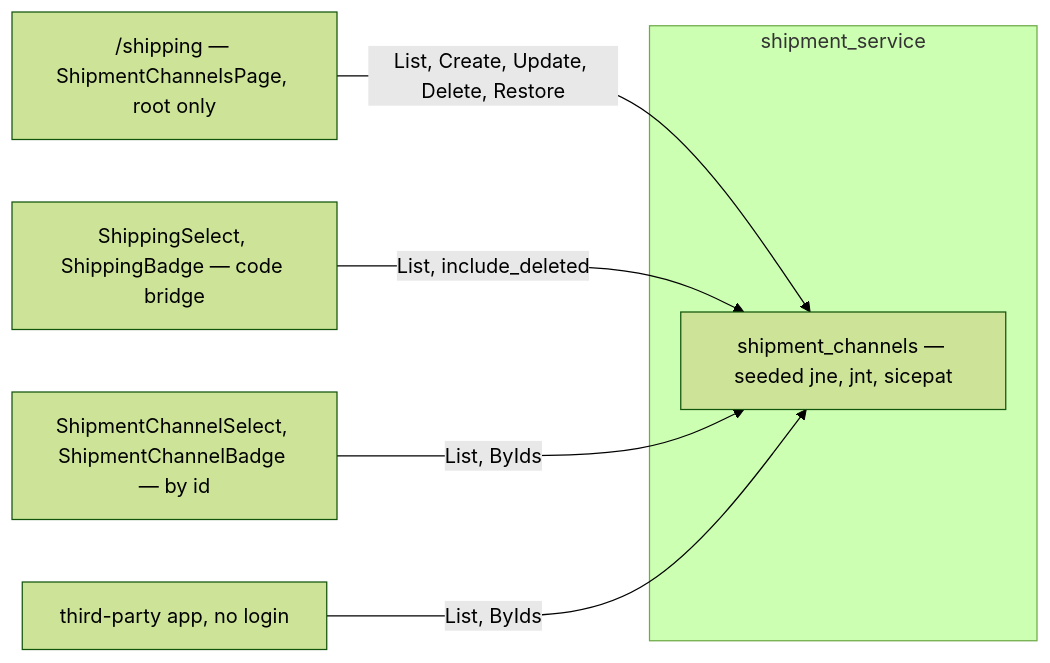
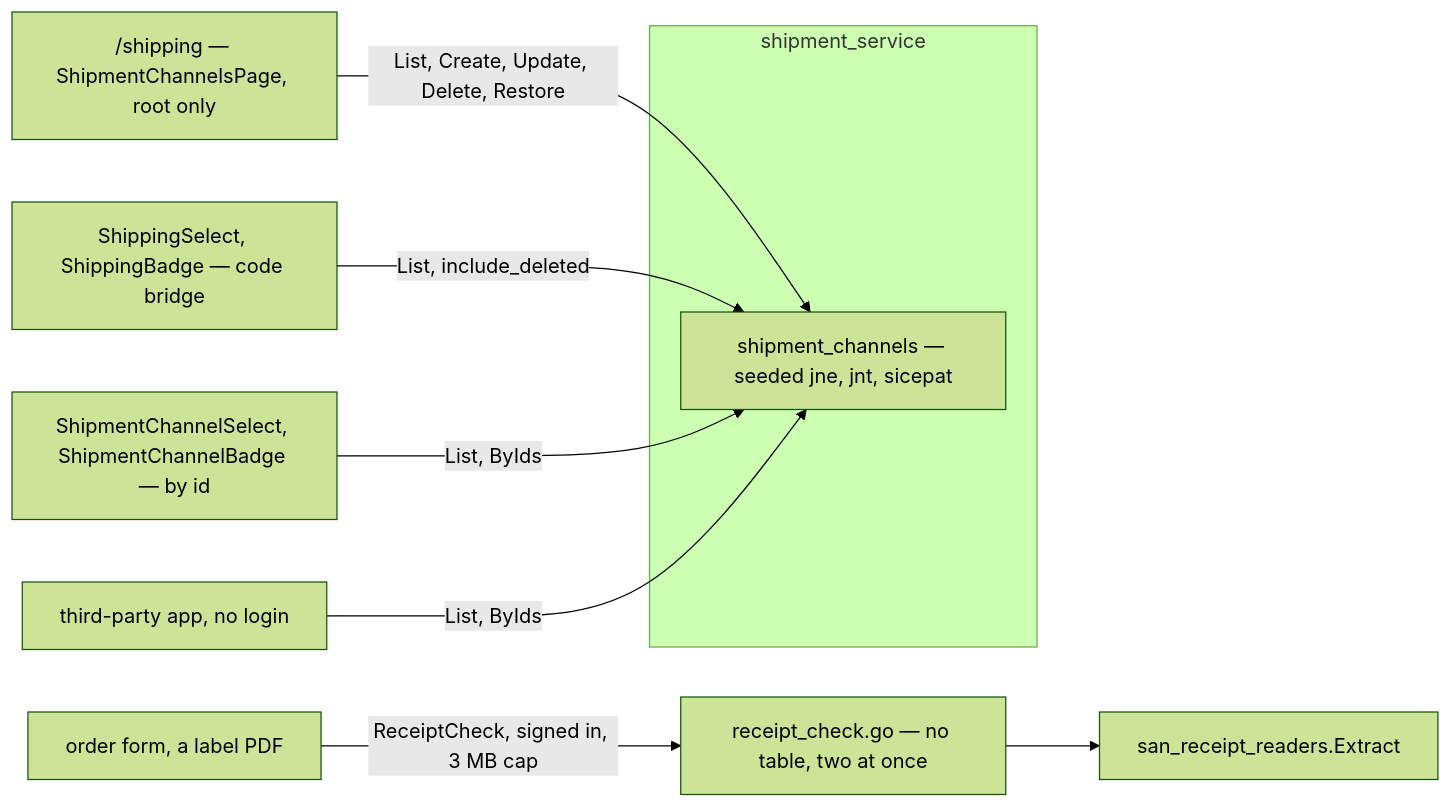
The diagram in docs/development_state/shipment/context.md (pdcgo/warehouse_revamp), drawn with Mermaid (forest theme) before and after one commit. The commit also changed other lines of this file and 346 other files, not shown here.

First line of the commit message:
feat(analytic): the graph and its Table/Graph tabs, metrics/suppliers on the contract — with the order, liability and shipment work in flight

````diff
--- a/docs/development_state/shipment/context.md
+++ b/docs/development_state/shipment/context.md
@@ -37,10 +41,12 @@
 ```mermaid
 flowchart LR
   subgraph "shipment_service"
     T["shipment_channels — seeded jne, jnt, sicepat"]
   end
   PAGE["/shipping — ShipmentChannelsPage, root only"] -->|"List, Create, Update, Delete, Restore"| T
   OLD["ShippingSelect, ShippingBadge — code bridge"] -->|"List, include_deleted"| T
   NEW["ShipmentChannelSelect, ShipmentChannelBadge — by id"] -->|"List, ByIds"| T
   APP["third-party app, no login"] -->|"List, ByIds"| T
+  FORM["order form, a label PDF"] -->|"ReceiptCheck, signed in, 3 MB cap"| RC["receipt_check.go — no table, two at once"]
+  RC --> LIB["san_receipt_readers.Extract"]
 ```
````
